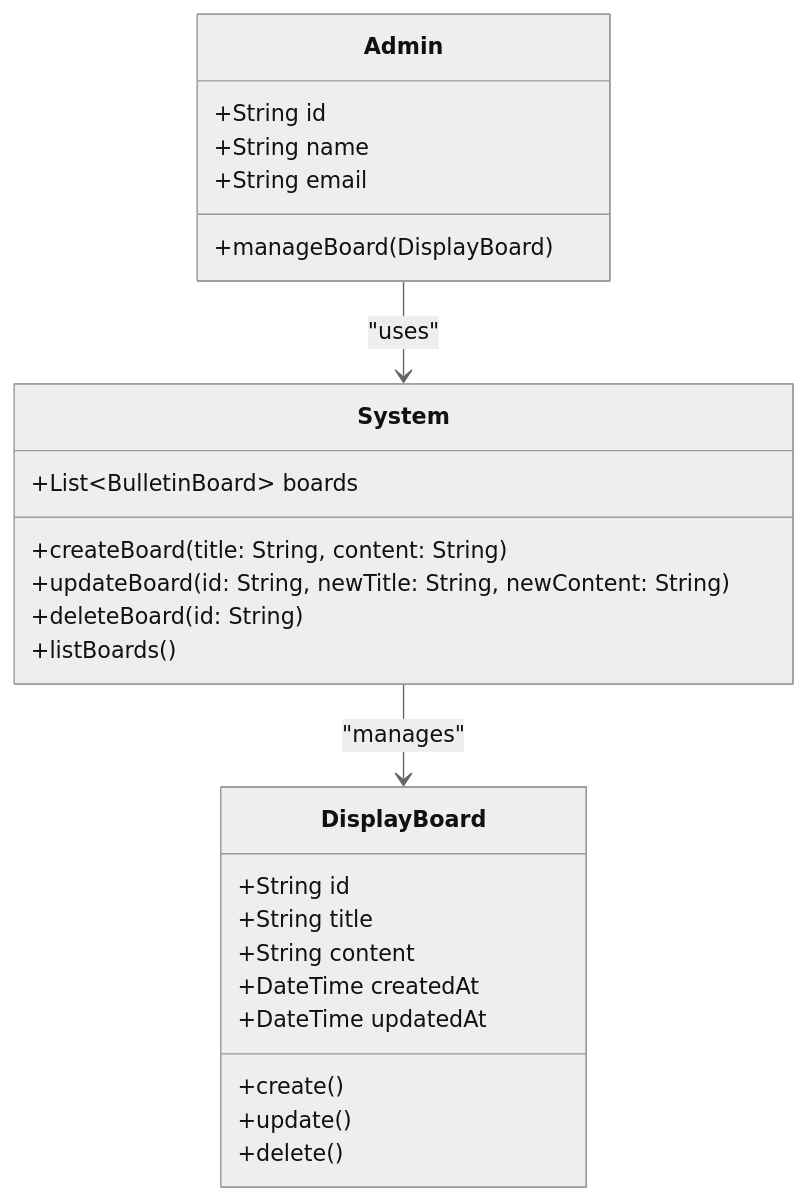
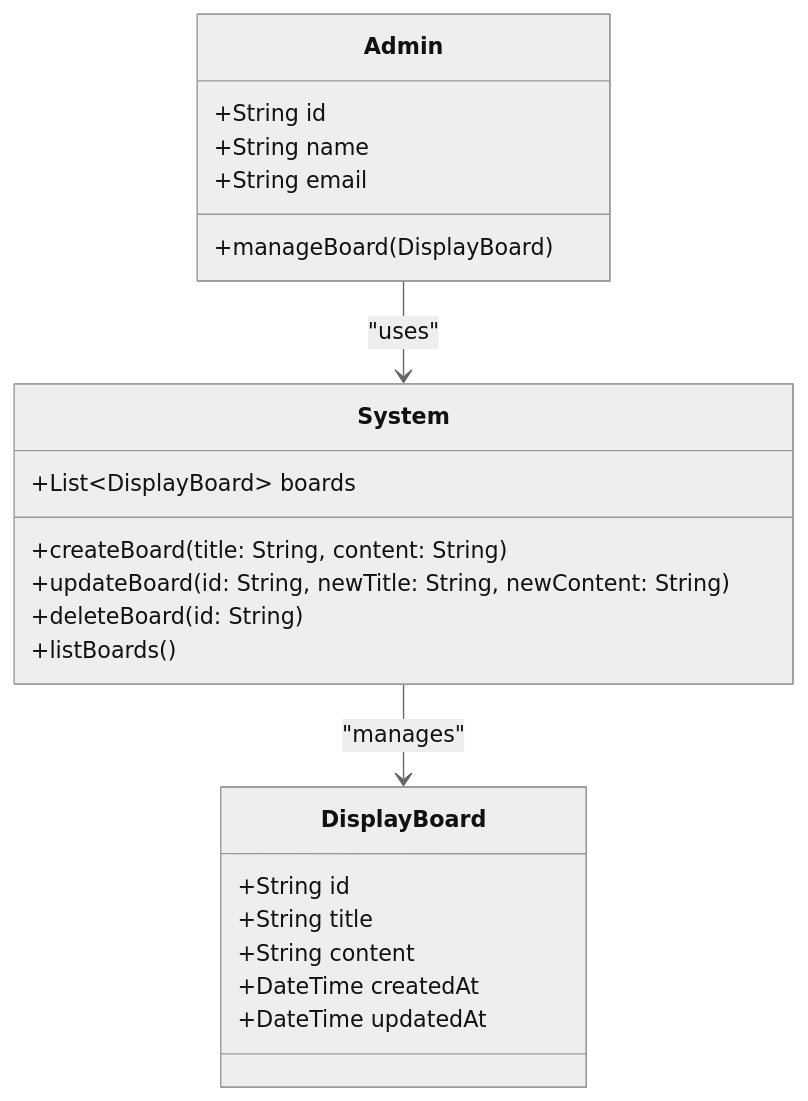
One commit to AbderrafieElmrabet/UI_UX changed the diagram in Conception/Class-Diagram.mmd. Above: the diagram before and after it, drawn with Mermaid (neutral theme).

Commit message:
Classdiagram

```diff
--- a/Conception/Class-Diagram.mmd
+++ b/Conception/Class-Diagram.mmd
@@ -1,29 +1,26 @@
 classDiagram
     class DisplayBoard {
         +String id
         +String title
         +String content
         +DateTime createdAt
         +DateTime updatedAt
-        +create()
-        +update()
-        +delete()
     }
 
     class Admin {
         +String id
         +String name
         +String email
         +manageBoard(DisplayBoard)
     }
 
     class System {
-        +List~BulletinBoard~ boards
+        +List~DisplayBoard~ boards
         +createBoard(title: String, content: String)
         +updateBoard(id: String, newTitle: String, newContent: String)
         +deleteBoard(id: String)
         +listBoards()
     }
 
     Admin --> System : "uses"
     System --> DisplayBoard : "manages"
```
